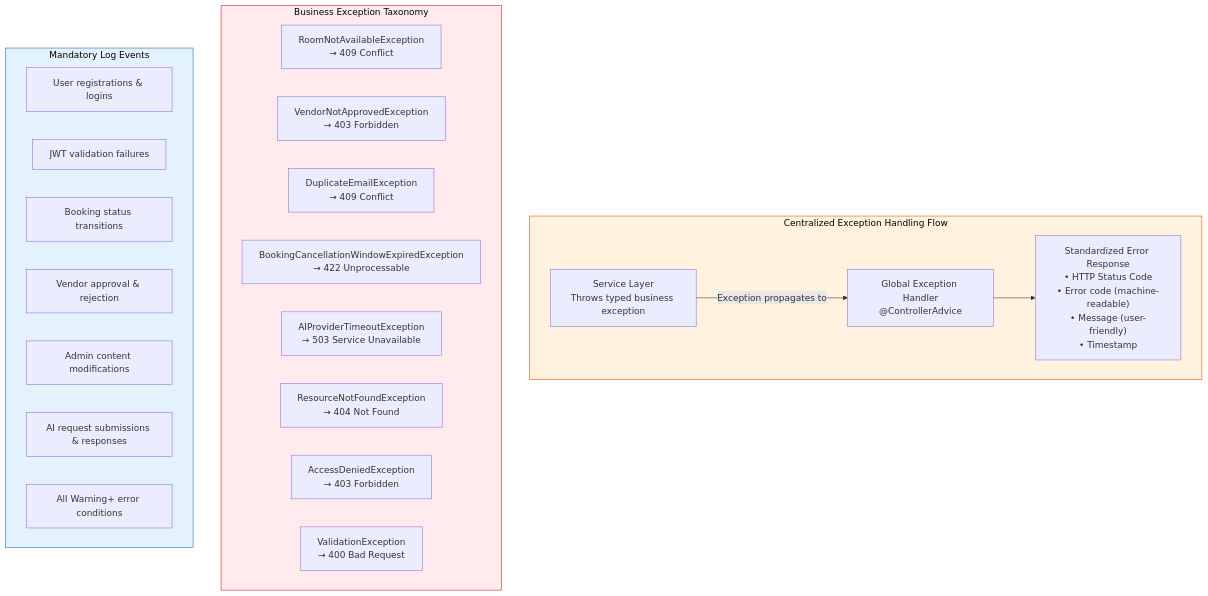
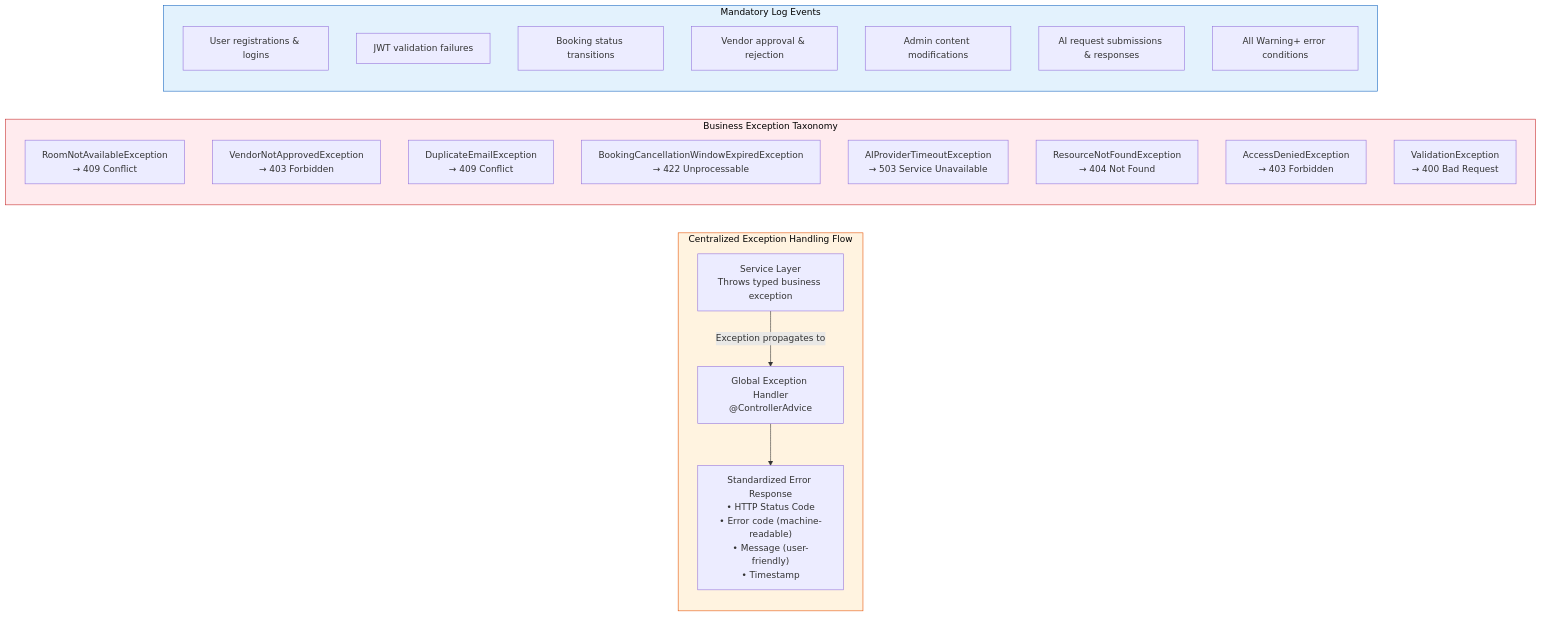
Diagram 20 of 25 in requirements/updated-file/new-backend-brd-aptms.md (Habibul-Bashar-Mehedi/APTMS-md-files), drawn with Mermaid before and after one commit. The commit also changed other lines of this file and 2 other files, not shown here.

````diff
--- a/requirements/updated-file/new-backend-brd-aptms.md
+++ b/requirements/updated-file/new-backend-brd-aptms.md
@@ -1140,35 +1140,35 @@
 ```mermaid
-graph TD
+graph LR
     subgraph EXC_FLOW["Centralized Exception Handling Flow"]
         SVC["Service Layer\nThrows typed business exception"]
         HANDLER["Global Exception Handler\n@ControllerAdvice"]
         RESP["Standardized Error Response\n• HTTP Status Code\n• Error code (machine-readable)\n• Message (user-friendly)\n• Timestamp"]
     end
 
     SVC -->|Exception propagates to| HANDLER --> RESP
 
     subgraph EXCEPTIONS["Business Exception Taxonomy"]
         E1["RoomNotAvailableException\n→ 409 Conflict"]
         E2["VendorNotApprovedException\n→ 403 Forbidden"]
         E3["DuplicateEmailException\n→ 409 Conflict"]
         E4["BookingCancellationWindowExpiredException\n→ 422 Unprocessable"]
         E5["AIProviderTimeoutException\n→ 503 Service Unavailable"]
         E6["ResourceNotFoundException\n→ 404 Not Found"]
         E7["AccessDeniedException\n→ 403 Forbidden"]
         E8["ValidationException\n→ 400 Bad Request"]
     end
 
     subgraph LOG_EVENTS["Mandatory Log Events"]
         L1["User registrations & logins"]
         L2["JWT validation failures"]
         L3["Booking status transitions"]
         L4["Vendor approval & rejection"]
         L5["Admin content modifications"]
         L6["AI request submissions & responses"]
         L7["All Warning+ error conditions"]
     end
 
     style EXC_FLOW fill:#FFF3E0,stroke:#E65100,color:#000
     style EXCEPTIONS fill:#FFEBEE,stroke:#C62828,color:#000
     style LOG_EVENTS fill:#E3F2FD,stroke:#1565C0,color:#000
 ```
````
